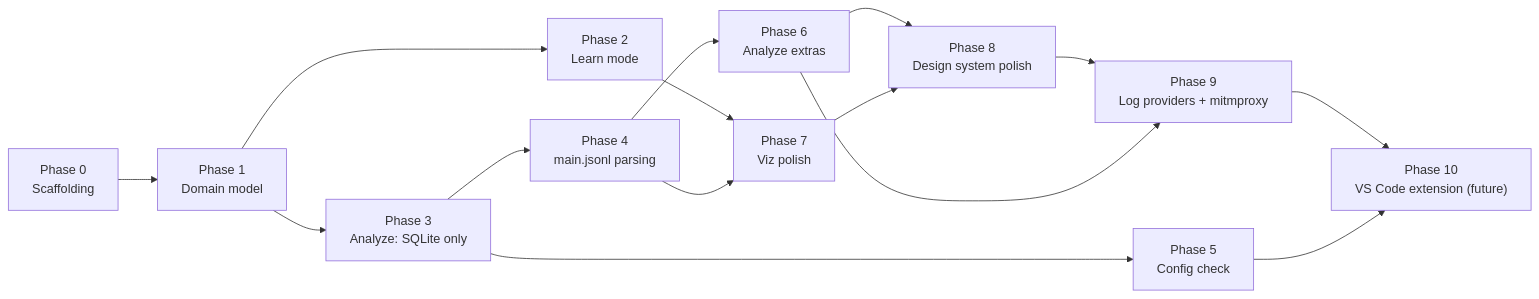
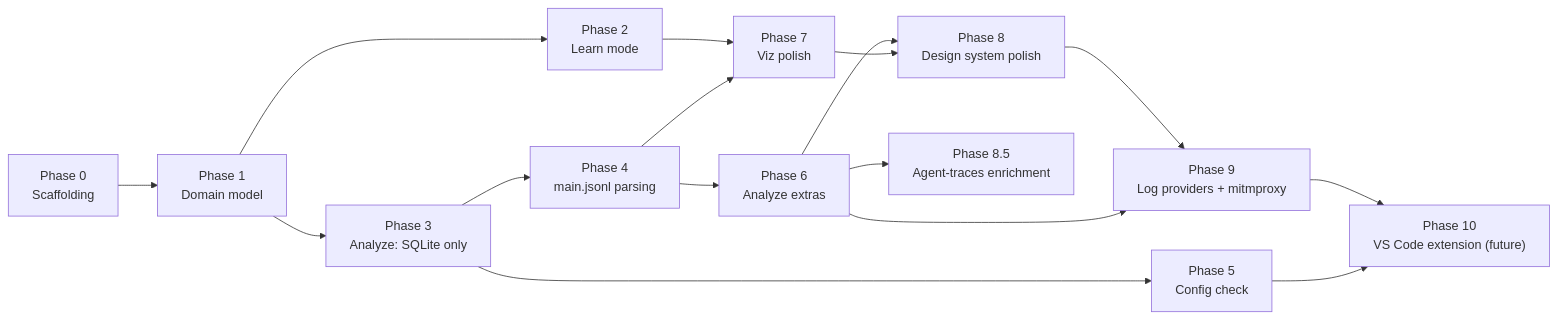
One commit to raulkivi/gh-cp-chat-analyser changed the diagram in docs/implementation-plan.md. Above: the diagram before and after it, drawn with Mermaid. The commit also changed other lines of this file and 33 other files, not shown here.

First line of the commit message:
feat: populate cache-write/reasoning tokens from optional agent-traces.db

````diff
--- a/docs/implementation-plan.md
+++ b/docs/implementation-plan.md
@@ -632,17 +680,18 @@
 ```mermaid
 flowchart LR
     P0["Phase 0<br/>Scaffolding"] --> P1["Phase 1<br/>Domain model"]
     P1 --> P2["Phase 2<br/>Learn mode"]
     P1 --> P3["Phase 3<br/>Analyze: SQLite only"]
     P3 --> P4["Phase 4<br/>main.jsonl parsing"]
     P3 --> P5["Phase 5<br/>Config check"]
     P4 --> P6["Phase 6<br/>Analyze extras"]
     P2 --> P7["Phase 7<br/>Viz polish"]
     P4 --> P7
     P6 --> P8["Phase 8<br/>Design system polish"]
     P7 --> P8
+    P6 --> P85["Phase 8.5<br/>Agent-traces enrichment"]
     P8 --> P9["Phase 9<br/>Log providers + mitmproxy"]
     P6 --> P9
     P9 --> P10["Phase 10<br/>VS Code extension (future)"]
     P5 --> P10
 ```
````
